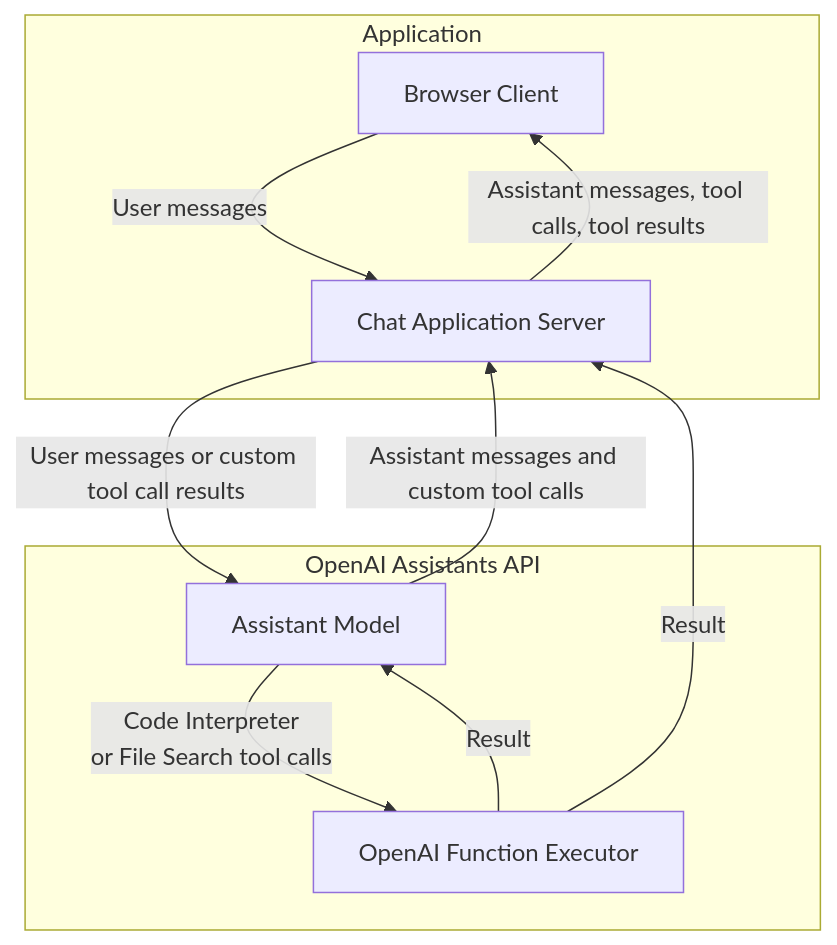
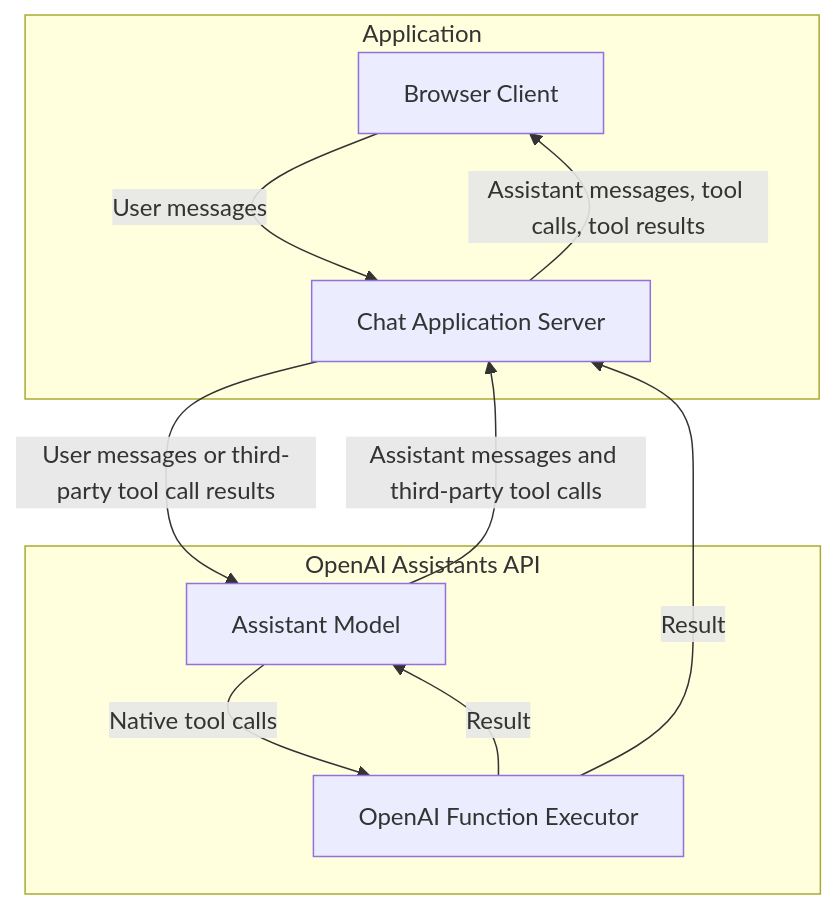
Before and after one commit to Promptly-Technologies-LLC/openai-responses-python-quickstart: the diagram in README.md, drawn with Mermaid. The commit also changed other lines of this file, not shown here.

````diff
--- a/README.md
+++ b/README.md
@@ -60,15 +76,15 @@
 ```mermaid
 graph TB
     subgraph "Application"
         A[Browser Client] --> |"User messages"|C[Chat Application Server]
         C -->|"Assistant messages, tool calls, tool results"| A
     end
 
     subgraph "OpenAI Assistants API"
-        D[Assistant Model] -->|"Assistant messages and custom tool calls"| C
-        D -->|"Code Interpreter<br>or File Search tool calls"| E[OpenAI Function Executor]
+        D[Assistant Model] -->|"Assistant messages and third-party tool calls"| C
+        D -->|"Native tool calls"| E[OpenAI Function Executor]
         E -->|"Result"| D
-        C -->|"User messages or custom tool call results"| D
+        C -->|"User messages or third-party tool call results"| D
         E -->|"Result"| C
     end
 ```
````
